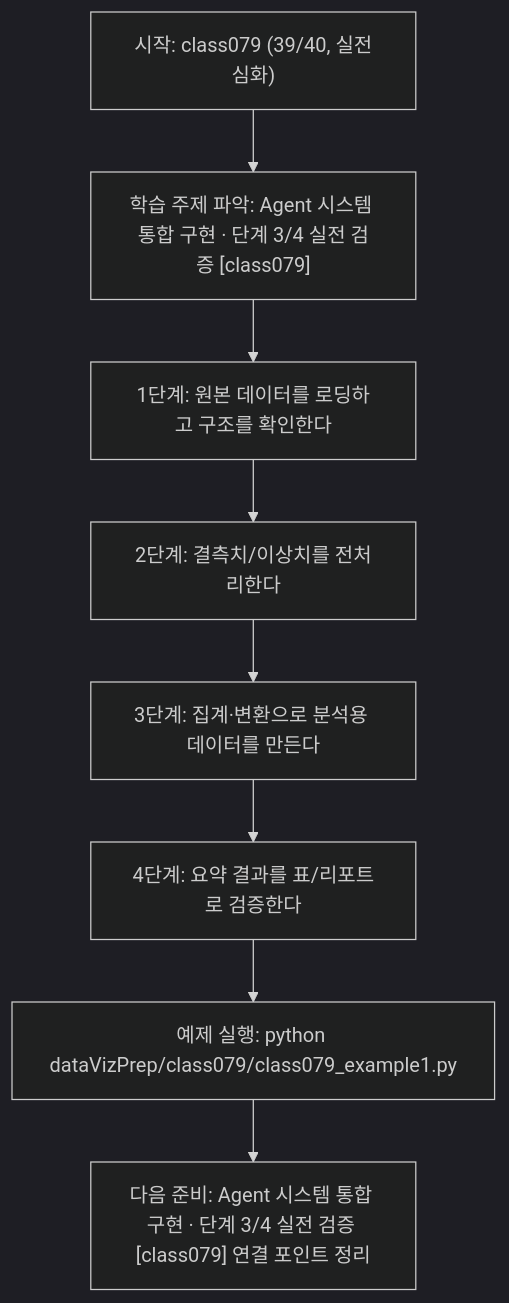
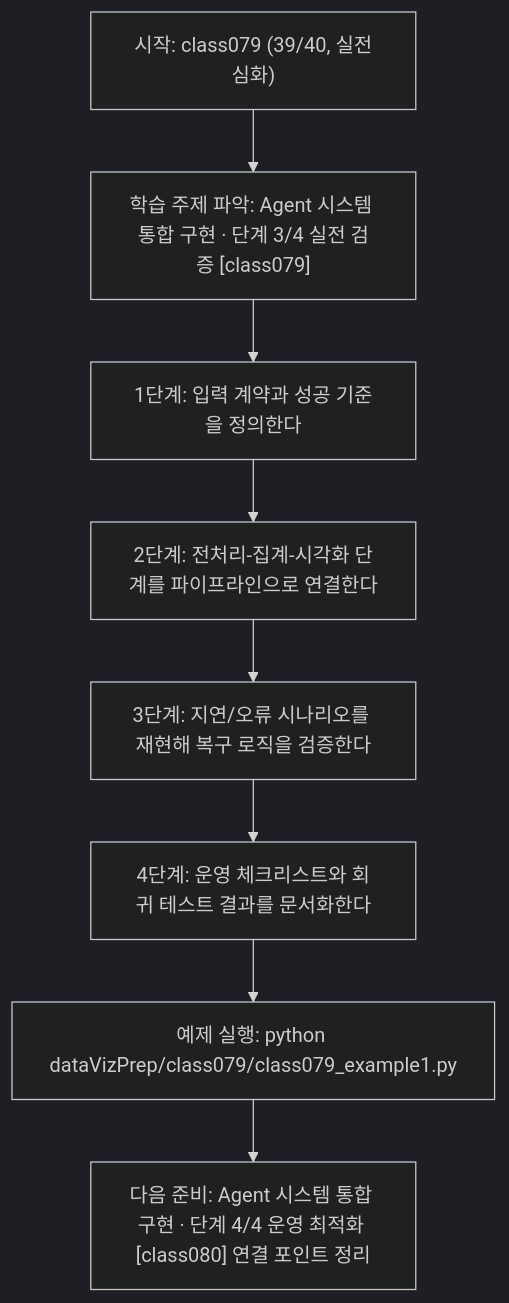
One commit to edumgt/Python-AI_Agent-Class changed the diagram in dataVizPrep/class079/class079.md. Above: the diagram before and after it, drawn with Mermaid (dark theme). The commit also changed other lines of this file and 283 other files, not shown here.

````diff
--- a/dataVizPrep/class079/class079.md
+++ b/dataVizPrep/class079/class079.md
@@ -112,18 +92,18 @@
 ```mermaid
 flowchart TD
 N1["시작: class079 (39/40, 실전심화)"]
 N2["학습 주제 파악: Agent 시스템 통합 구현 · 단계 3/4 실전 검증 [class079]"]
-N3["1단계: 원본 데이터를 로딩하고 구조를 확인한다"]
-N4["2단계: 결측치/이상치를 전처리한다"]
-N5["3단계: 집계·변환으로 분석용 데이터를 만든다"]
-N6["4단계: 요약 결과를 표/리포트로 검증한다"]
+N3["1단계: 입력 계약과 성공 기준을 정의한다"]
+N4["2단계: 전처리-집계-시각화 단계를 파이프라인으로 연결한다"]
+N5["3단계: 지연/오류 시나리오를 재현해 복구 로직을 검증한다"]
+N6["4단계: 운영 체크리스트와 회귀 테스트 결과를 문서화한다"]
 N7["예제 실행: python dataVizPrep/class079/class079_example1.py"]
-N8["다음 준비: Agent 시스템 통합 구현 · 단계 3/4 실전 검증 [class079] 연결 포인트 정리"]
+N8["다음 준비: Agent 시스템 통합 구현 · 단계 4/4 운영 최적화 [class080] 연결 포인트 정리"]
 N1 --> N2
 N2 --> N3
 N3 --> N4
 N4 --> N5
 N5 --> N6
 N6 --> N7
 N7 --> N8
 ```
````
